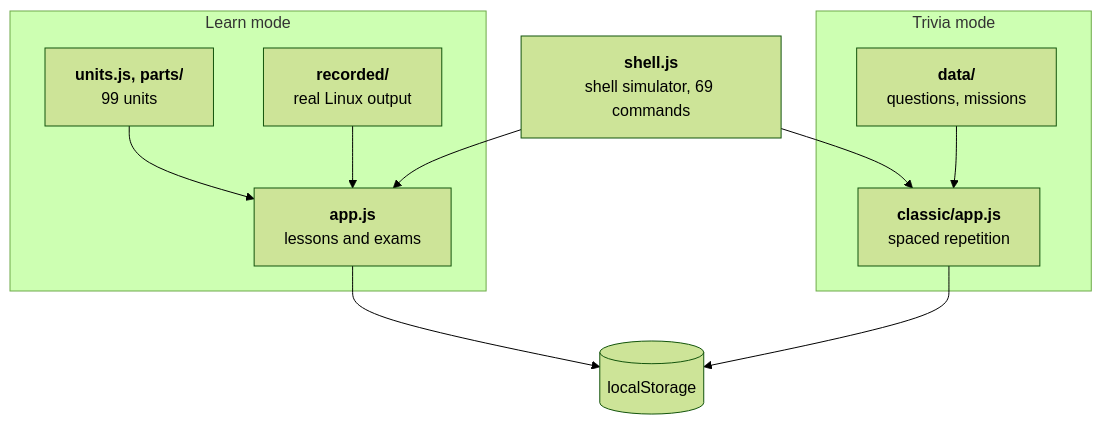
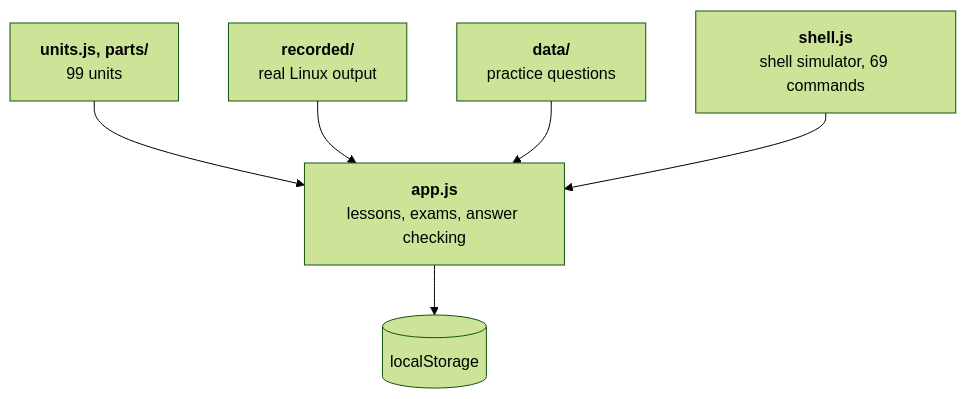
One commit to SaharHalili95/linux-master changed the diagram in README.md. Above: the diagram before and after it, drawn with Mermaid (forest theme). The commit also changed other lines of this file and 10 other files, not shown here.

````diff
--- a/README.md
+++ b/README.md
@@ -83,15 +69,9 @@
 ```mermaid
 flowchart TB
   S["<b>shell.js</b><br>shell simulator, 69 commands"]
-  subgraph learn ["Learn mode"]
-    U["<b>units.js, parts/</b><br>99 units"] --> A["<b>app.js</b><br>lessons and exams"]
-    R["<b>recorded/</b><br>real Linux output"] --> A
-  end
-  subgraph trivia ["Trivia mode"]
-    D["<b>data/</b><br>questions, missions"] --> C["<b>classic/app.js</b><br>spaced repetition"]
-  end
-  S --> A
-  S --> C
+  U["<b>units.js, parts/</b><br>99 units"] --> A
+  R["<b>recorded/</b><br>real Linux output"] --> A
+  D["<b>data/</b><br>practice questions"] --> A
+  S --> A["<b>app.js</b><br>lessons, exams, answer checking"]
   A --> L[("localStorage")]
-  C --> L
 ```
````
